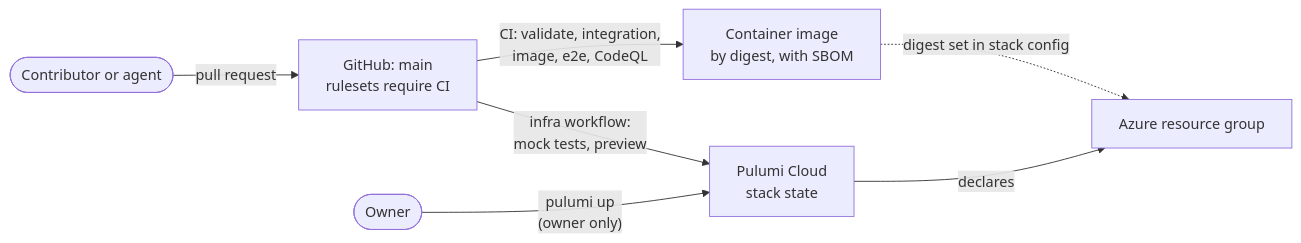
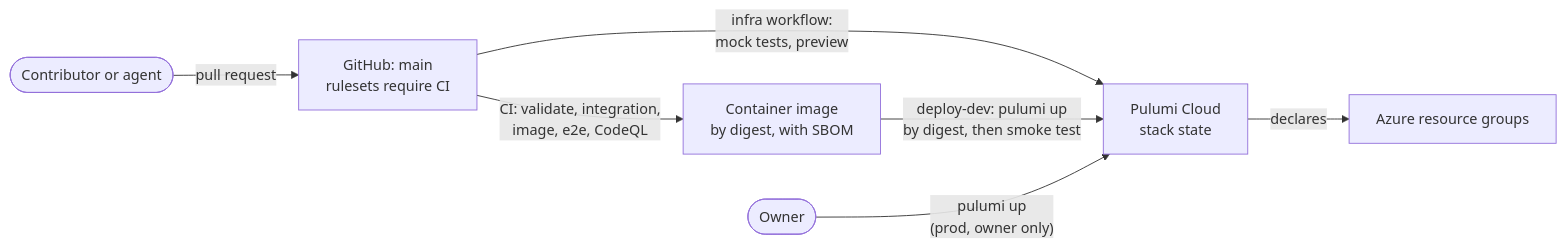
The second of 2 diagrams in docs/architecture.md (JDetmar/umbraco-sample), drawn with Mermaid before and after one commit. The commit also changed other lines of this file and 13 other files, not shown here.

First line of the commit message:
CD for dev: deploy every main revision by digest, then smoke-test (ADR 0013)

````diff
--- a/docs/architecture.md
+++ b/docs/architecture.md
@@ -54,9 +54,9 @@
 ```mermaid
 flowchart LR
     dev([Contributor or agent]) -- pull request --> gh["GitHub: main<br/>rulesets require CI"]
     gh -- "CI: validate, integration,<br/>image, e2e, CodeQL" --> img["Container image<br/>by digest, with SBOM"]
     gh -- "infra workflow:<br/>mock tests, preview" --> pulumi["Pulumi Cloud<br/>stack state"]
-    owner([Owner]) -- "pulumi up<br/>(owner only)" --> pulumi
-    pulumi -- declares --> azure["Azure resource group"]
-    img -. "digest set in stack config" .-> azure
+    img -- "deploy-dev: pulumi up<br/>by digest, then smoke test" --> pulumi
+    owner([Owner]) -- "pulumi up<br/>(prod, owner only)" --> pulumi
+    pulumi -- declares --> azure["Azure resource groups"]
 ```
````
